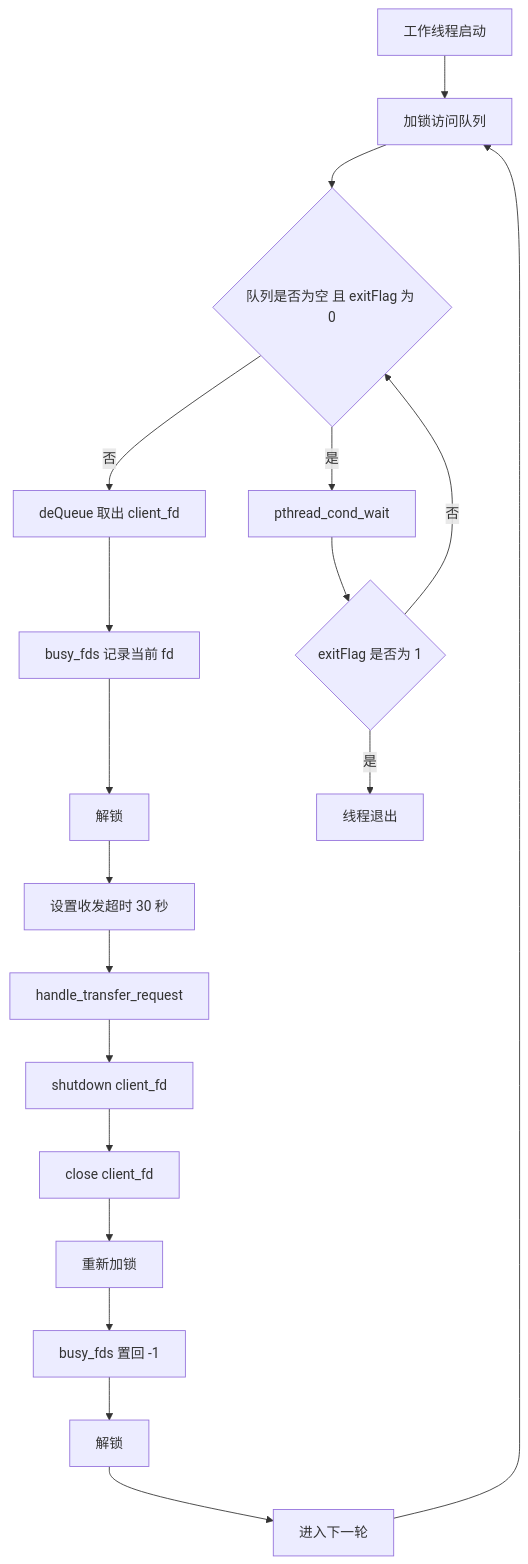
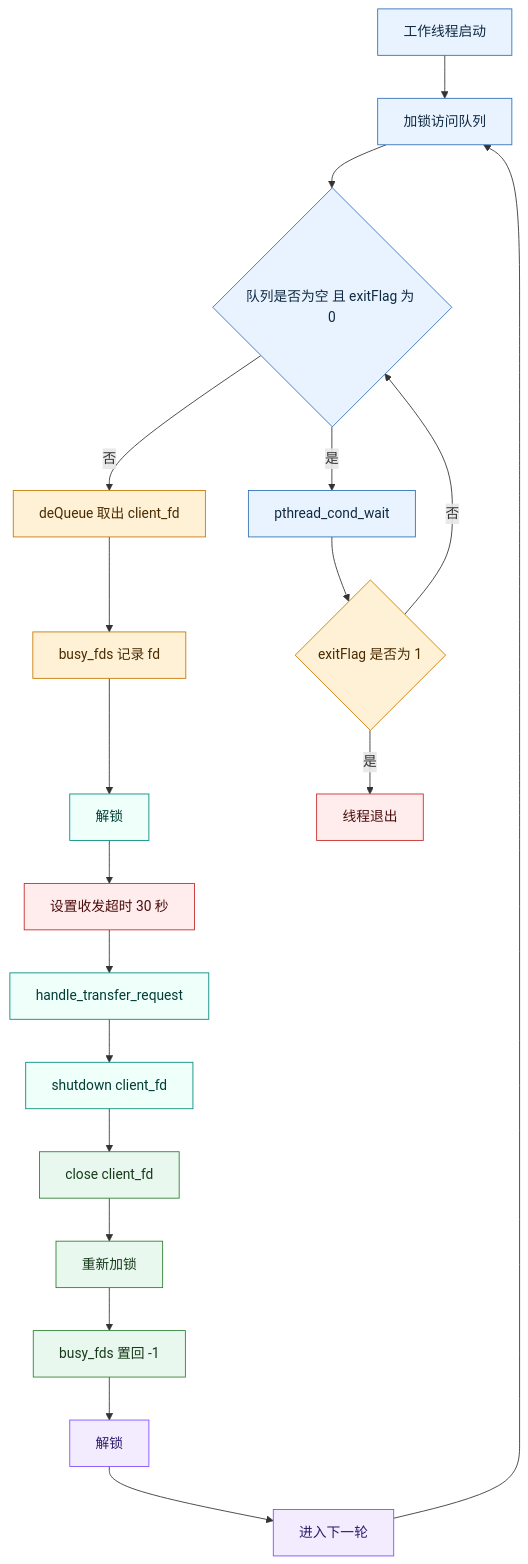
Before and after one commit to panlong-studio/WindCloud_V4: diagram 18 of 20 in docs/V5全流程活动图详解.md, drawn with Mermaid. The commit also changed other lines of this file and 5 other files, not shown here.

````diff
--- a/docs/V5全流程活动图详解.md
+++ b/docs/V5全流程活动图详解.md
@@ -941,26 +1156,39 @@
 ```mermaid
 flowchart TD
     W0[工作线程启动]
     W1[加锁访问队列]
     W2{队列是否为空 且 exitFlag 为 0}
     W3[pthread_cond_wait]
     W4{exitFlag 是否为 1}
     W5[deQueue 取出 client_fd]
-    W6[busy_fds 记录当前 fd]
+    W6[busy_fds 记录 fd]
     W7[解锁]
     W8[设置收发超时 30 秒]
     W9[handle_transfer_request]
     W10[shutdown client_fd]
     W11[close client_fd]
     W12[重新加锁]
     W13[busy_fds 置回 -1]
     W14[解锁]
     W15[进入下一轮]
     W16[线程退出]
 
     W0 --> W1 --> W2
     W2 -- 是 --> W3 --> W4
     W4 -- 是 --> W16
     W4 -- 否 --> W2
     W2 -- 否 --> W5 --> W6 --> W7 --> W8 --> W9 --> W10 --> W11 --> W12 --> W13 --> W14 --> W15 --> W1
+    classDef phase1 fill:#E8F3FF,stroke:#2F6FB6,color:#102A43
+    classDef phase2 fill:#FFF1D6,stroke:#C77700,color:#4A2B00
+    classDef phase3 fill:#EFFFFA,stroke:#00897B,color:#003D35
+    classDef phase4 fill:#E9F8EF,stroke:#2E7D32,color:#173B1A
+    classDef phase5 fill:#F3ECFF,stroke:#7C4DFF,color:#2D1B69
+    classDef fail fill:#FFECEC,stroke:#C62828,color:#4A0D0D
+
+    class W0,W1,W2,W3 phase1
+    class W4,W5,W6 phase2
+    class W7,W9,W10 phase3
+    class W11,W12,W13 phase4
+    class W14,W15 phase5
+    class W8,W16 fail
 ```
````
